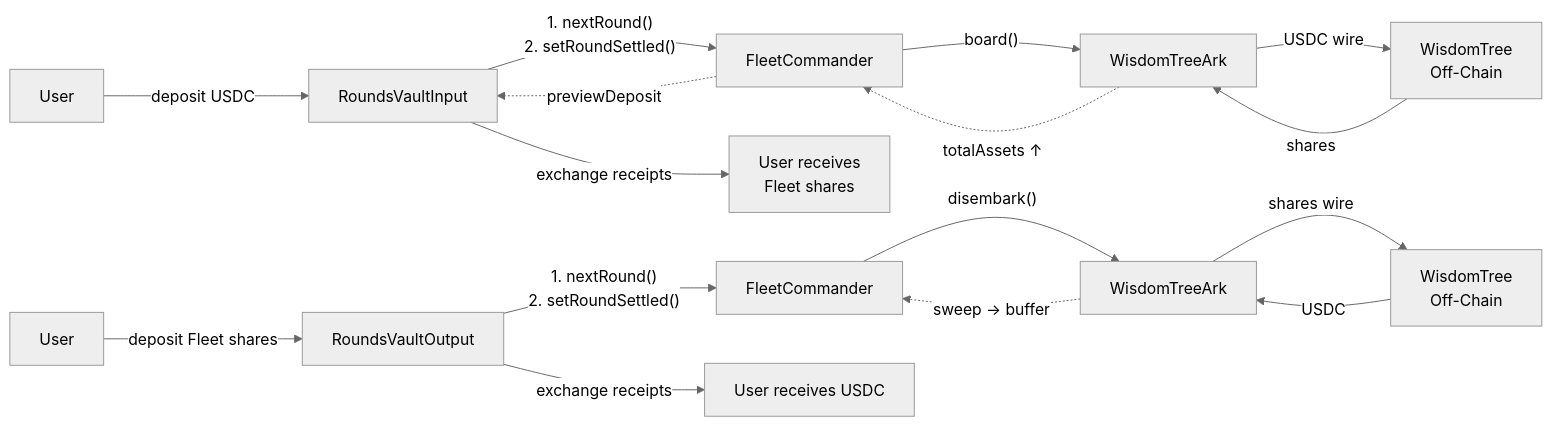
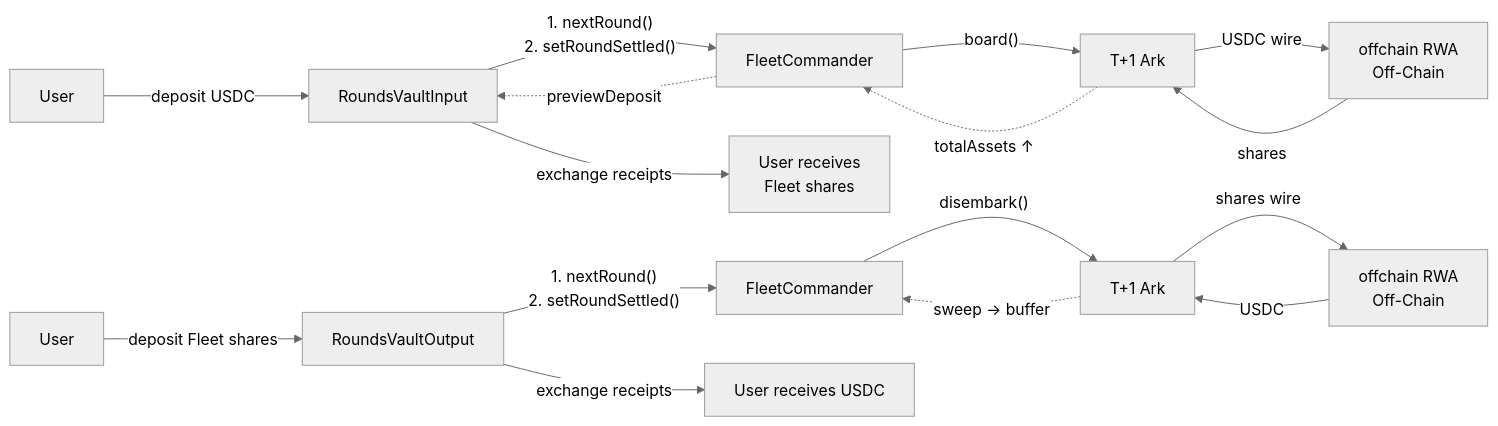
Before and after one commit to OasisDEX/summer-earn-protocol: the first of 8 diagrams in packages/core-contracts/src/contracts/rounds-vault/docs/rounds_vault_technical_reference.md, drawn with Mermaid (neutral theme). The commit also changed other lines of this file, not shown here.

Commit message:
docs: rename WisdomTreeArk to T+1 Ark and generalize offchain RWA references in technical documentation

````diff
--- a/packages/core-contracts/src/contracts/rounds-vault/docs/rounds_vault_technical_reference.md
+++ b/packages/core-contracts/src/contracts/rounds-vault/docs/rounds_vault_technical_reference.md
@@ -29,19 +29,19 @@
 ```mermaid
 flowchart LR
     U[User] -->|deposit USDC| IV[RoundsVaultInput]
     IV -->|"1. nextRound() \n2. setRoundSettled()"| FC[FleetCommander]
-    FC -->|"board()"| ARK[WisdomTreeArk]
-    ARK -->|USDC wire| WT[WisdomTree\nOff-Chain]
+    FC -->|"board()"| ARK[T+1 Ark]
+    ARK -->|USDC wire| WT[offchain RWA\nOff-Chain]
     WT -->|shares| ARK
     ARK -.->|totalAssets ↑| FC
     FC -.->|previewDeposit| IV
     IV -->|exchange receipts| U2[User receives\nFleet shares]
 
     U3[User] -->|deposit Fleet shares| OV[RoundsVaultOutput]
     OV -->|"1. nextRound() \n2. setRoundSettled()"| FC2[FleetCommander]
-    FC2 -->|"disembark()"| ARK2[WisdomTreeArk]
-    ARK2 -->|shares wire| WT2[WisdomTree\nOff-Chain]
+    FC2 -->|"disembark()"| ARK2[T+1 Ark]
+    ARK2 -->|shares wire| WT2[offchain RWA\nOff-Chain]
     WT2 -->|USDC| ARK2
     ARK2 -.->|sweep → buffer| FC2
     OV -->|exchange receipts| U4[User receives USDC]
 ```
````
